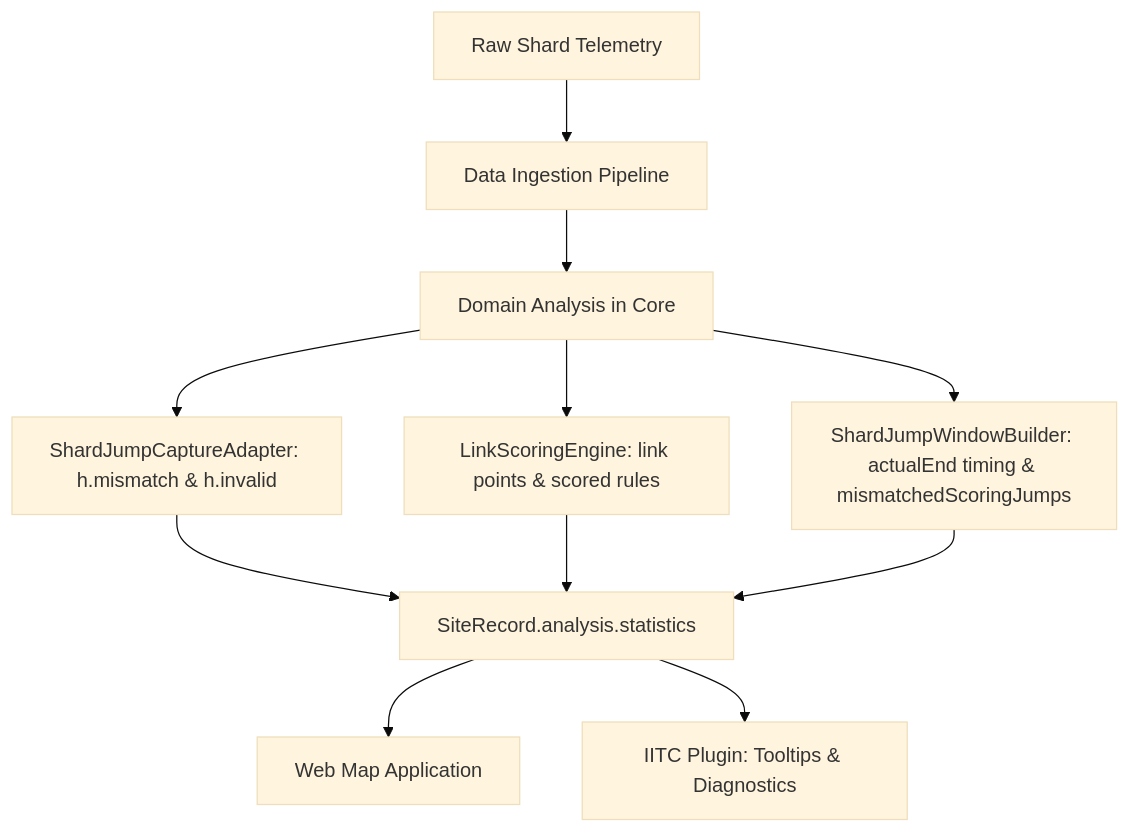
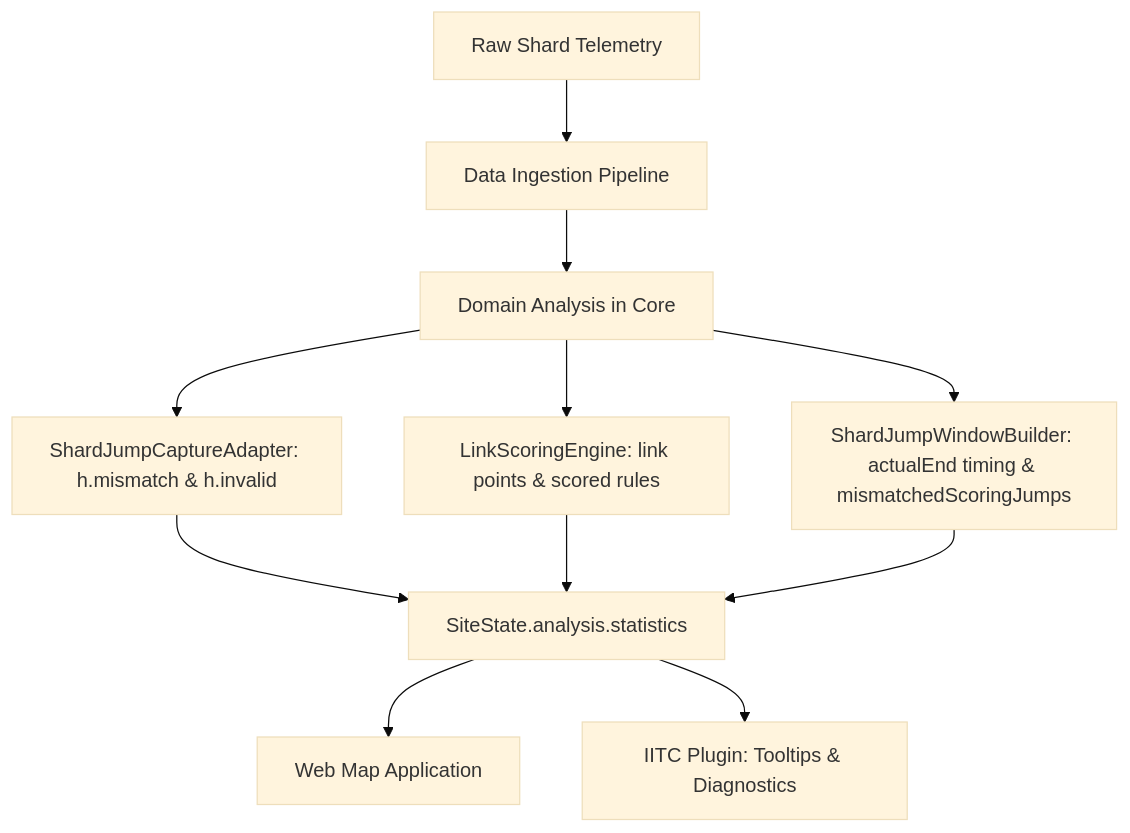
One commit to ingress-shards/ingress-events-core changed the diagram in docs/architecture/ValidationAndReporting.md. Above: the diagram before and after it, drawn with Mermaid (base theme). The commit also changed other lines of this file and 4 other files, not shown here.

First line of the commit message:
docs: align schema, architecture, and shard storm docs with SiteState domain

````diff
--- a/docs/architecture/ValidationAndReporting.md
+++ b/docs/architecture/ValidationAndReporting.md
@@ -13,11 +13,11 @@
 ```mermaid
 graph TD
     A["Raw Shard Telemetry"] --> B["Data Ingestion Pipeline"]
     B --> C["Domain Analysis in Core"]
     C --> D["ShardJumpCaptureAdapter: h.mismatch & h.invalid"]
     C --> E["LinkScoringEngine: link points & scored rules"]
     C --> F["ShardJumpWindowBuilder: actualEnd timing & mismatchedScoringJumps"]
-    D & E & F --> G["SiteRecord.analysis.statistics"]
+    D & E & F --> G["SiteState.analysis.statistics"]
     G --> H["Web Map Application"]
     G --> I["IITC Plugin: Tooltips & Diagnostics"]
 ```
````
